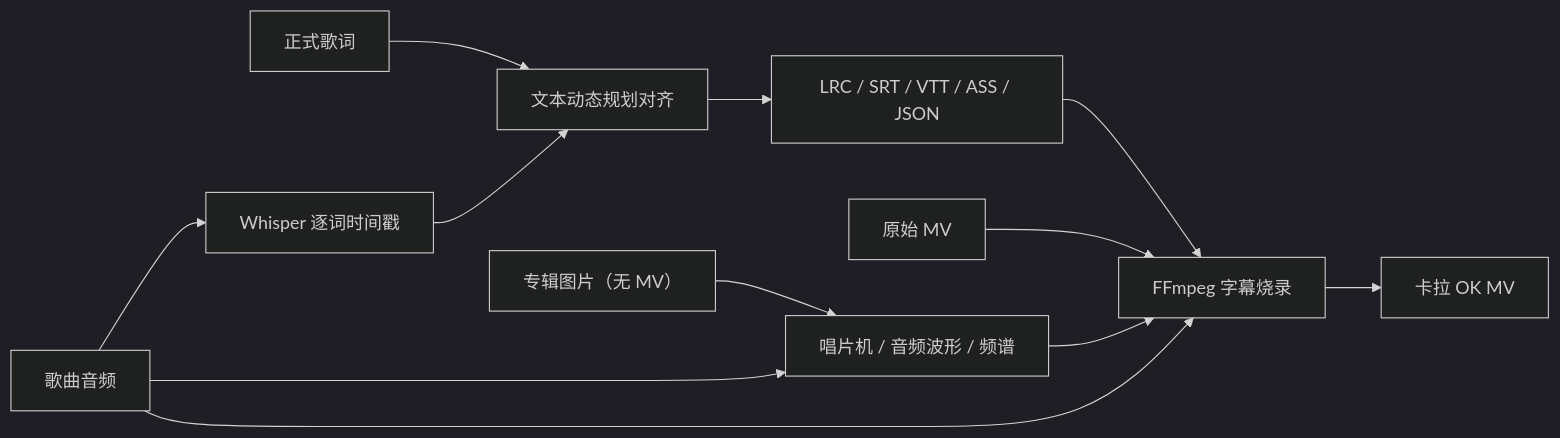
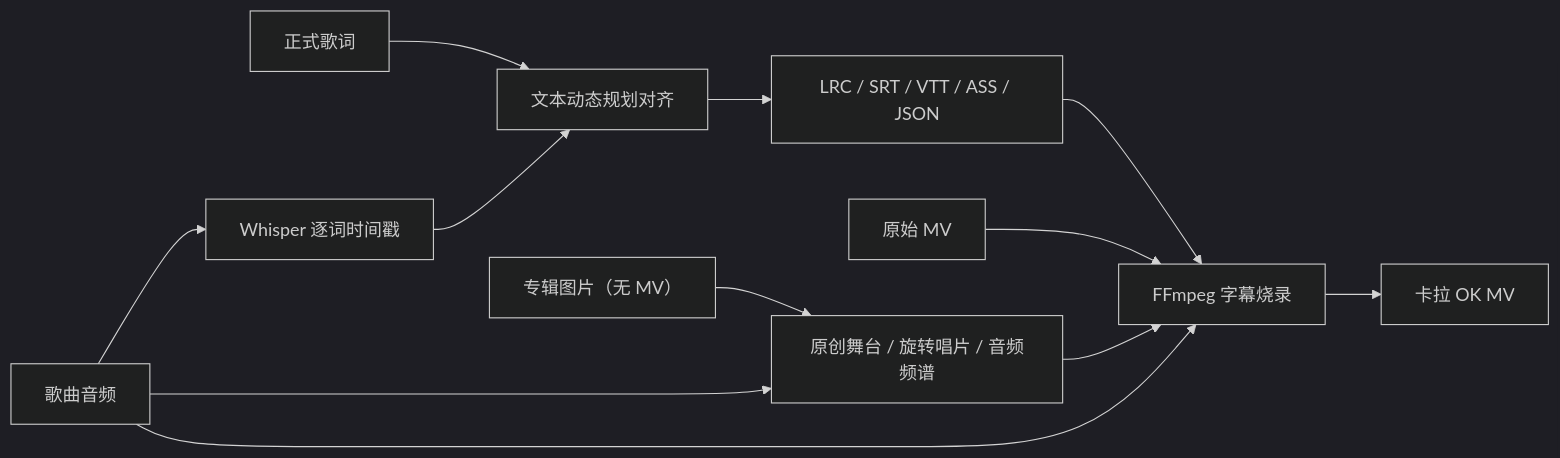
One commit to cf2xh123/karaoke-forge changed the diagram in README.md. Above: the diagram before and after it, drawn with Mermaid (dark theme). The commit also changed other lines of this file and 14 other files, not shown here.

````diff
--- a/README.md
+++ b/README.md
@@ -37,14 +37,14 @@
 ```mermaid
 flowchart LR
     A["歌曲音频"] --> B["Whisper 逐词时间戳"]
     C["正式歌词"] --> D["文本动态规划对齐"]
     B --> D
     D --> E["LRC / SRT / VTT / ASS / JSON"]
     E --> F["FFmpeg 字幕烧录"]
     G["原始 MV"] --> F
-    I["专辑图片（无 MV）"] --> J["唱片机 / 音频波形 / 频谱"]
+    I["专辑图片（无 MV）"] --> J["原创舞台 / 旋转唱片 / 音频频谱"]
     A --> J
     J --> F
     A --> F
     F --> H["卡拉 OK MV"]
 ```
````
